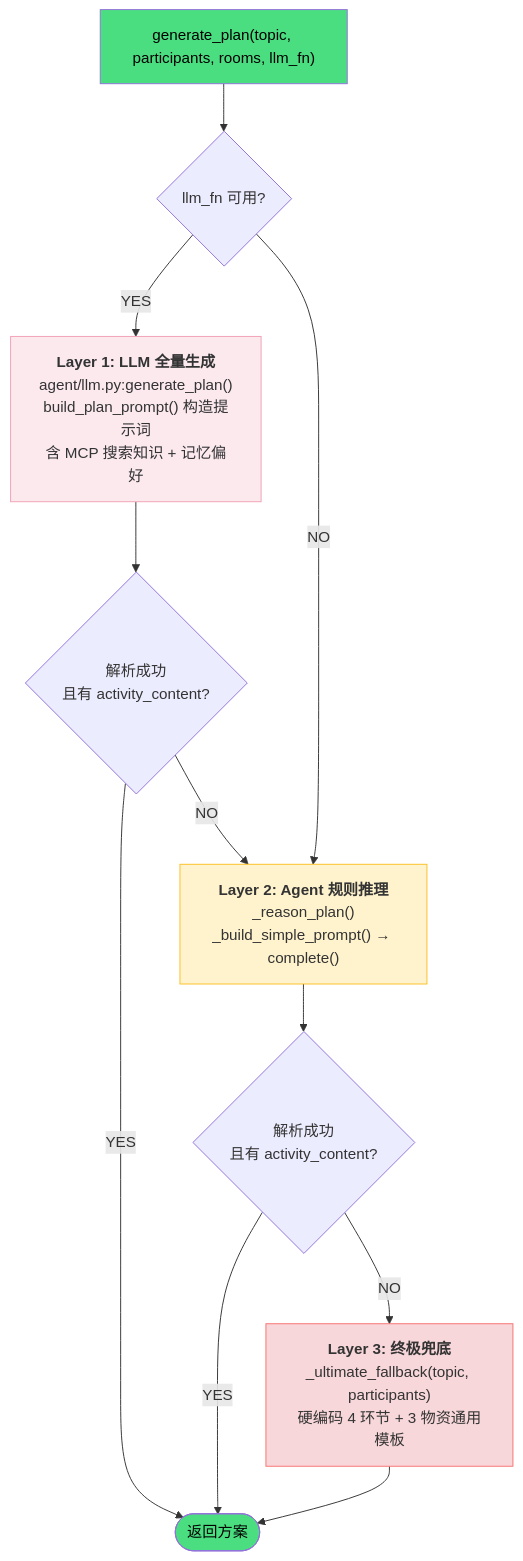
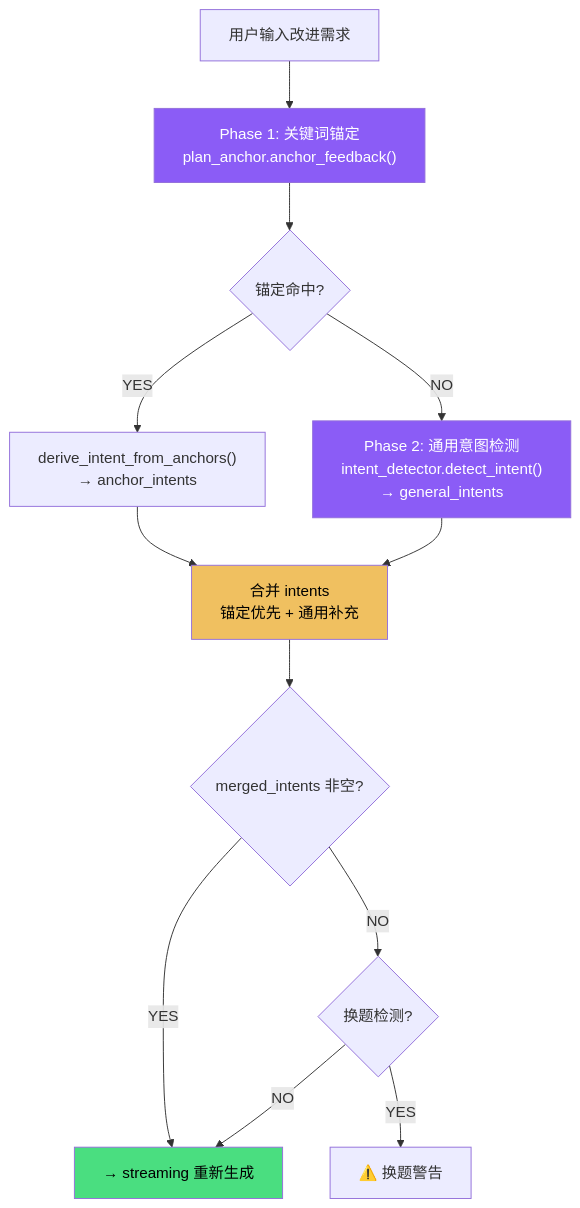
One commit to shuda-li/Campus-Compass changed the second of 4 diagrams in Campus-Compass-完整工作流文档.md. Above: the diagram before and after it, drawn with Mermaid. The commit also changed other lines of this file, not shown here.

Commit message:
docs: 重构完整工作流文档, 反映当前项目状态 (Plan-Aware锚定/意图检测/Word导出/StarRail UI)

````diff
--- a/Campus-Compass-完整工作流文档.md
+++ b/Campus-Compass-完整工作流文档.md
@@ -1124,26 +344,19 @@
 ```mermaid
 flowchart TD
-    INPUT["generate_plan(topic, participants, rooms, llm_fn)"]
+    INPUT[用户输入改进需求] --> ANCHOR["Phase 1: 关键词锚定<br/>plan_anchor.anchor_feedback()"]
+    ANCHOR --> ANCHOR_CHECK{锚定命中?}
+    ANCHOR_CHECK -->|YES| ANCHOR_INTENT["derive_intent_from_anchors()<br/>→ anchor_intents"]
+    ANCHOR_CHECK -->|NO| INTENT["Phase 2: 通用意图检测<br/>intent_detector.detect_intent()<br/>→ general_intents"]
+    ANCHOR_INTENT --> MERGE["合并 intents<br/>锚定优先 + 通用补充"]
+    INTENT --> MERGE
+    MERGE --> MERGE_CHECK{merged_intents 非空?}
+    MERGE_CHECK -->|YES| STREAM[→ streaming 重新生成]
+    MERGE_CHECK -->|NO| TOPIC_CHECK{换题检测?}
+    TOPIC_CHECK -->|YES| WARN[⚠️ 换题警告]
+    TOPIC_CHECK -->|NO| STREAM
 
-    INPUT --> TRY1{"llm_fn 可用?"}
-
-    TRY1 -->|YES| L1["<b>Layer 1: LLM 全量生成</b><br/>agent/llm.py:generate_plan()<br/>build_plan_prompt() 构造提示词<br/>含 MCP 搜索知识 + 记忆偏好"]
-    L1 --> L1_CHECK{解析成功<br/>且有 activity_content?}
-
-    TRY1 -->|NO| TRY2
-
-    L1_CHECK -->|YES| DONE([返回方案])
-    L1_CHECK -->|NO| TRY2["<b>Layer 2: Agent 规则推理</b><br/>_reason_plan()<br/>_build_simple_prompt() → complete()"]
-    TRY2 --> L2_CHECK{解析成功<br/>且有 activity_content?}
-
-    L2_CHECK -->|YES| DONE
-    L2_CHECK -->|NO| L3["<b>Layer 3: 终极兜底</b><br/>_ultimate_fallback(topic, participants)<br/>硬编码 4 环节 + 3 物资通用模板"]
-
-    L3 --> DONE
-
-    style INPUT fill:#4ade80,color:#000
-    style DONE fill:#4ade80,color:#000
-    style L1 fill:#fbe9ee,stroke:#f2a0b5,color:#333
-    style TRY2 fill:#fff3cd,stroke:#fbbf24,color:#333
-    style L3 fill:#f8d7da,stroke:#f87171,color:#333
+    style ANCHOR fill:#8b5cf6,color:#fff
+    style INTENT fill:#8b5cf6,color:#fff
+    style MERGE fill:#f0c060,color:#000
+    style STREAM fill:#4ade80,color:#000
 ```
````
